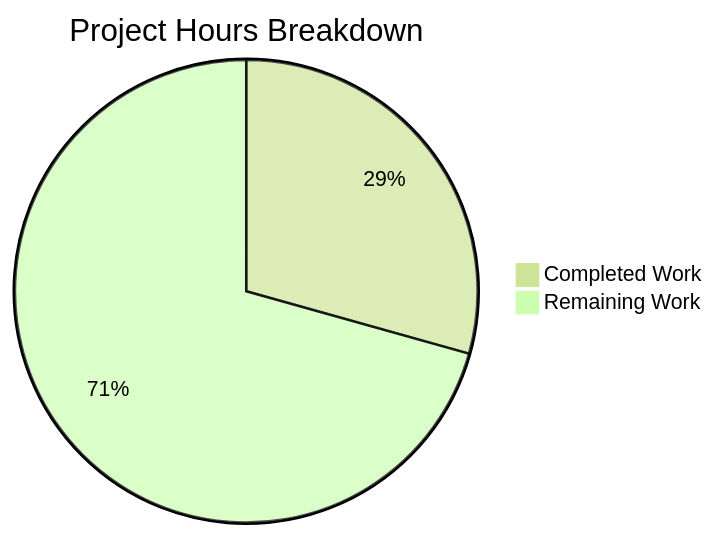
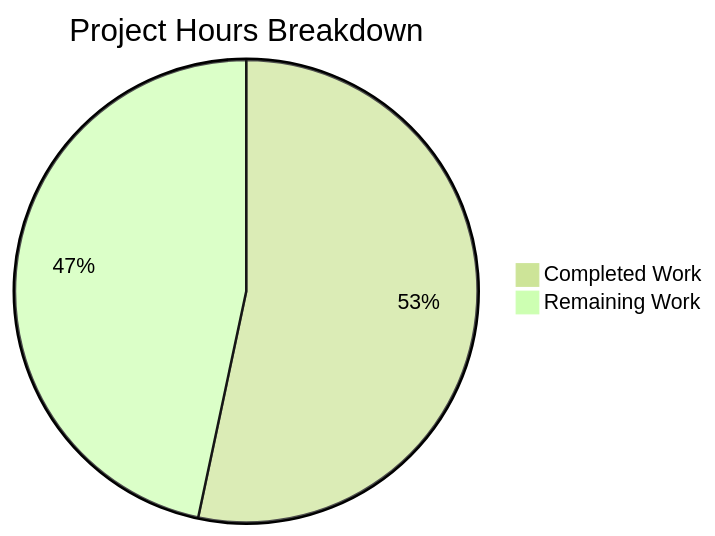
Before and after one commit to lakshya-blitzy/3112_03: the diagram in blitzy/documentation/Project Guide.md, drawn with Mermaid (forest theme). The commit also changed other lines of this file, not shown here.

Commit message:
Adding Blitzy Project Guide: Project Status and Human Tasks Remaining

````diff
--- a/blitzy/documentation/Project Guide.md
+++ b/blitzy/documentation/Project Guide.md
@@ -34,5 +135,5 @@
 ```mermaid
 pie title Project Hours Breakdown
-    "Completed Work" : 54
-    "Remaining Work" : 130
+    "Completed Work" : 16
+    "Remaining Work" : 14
 ```
````
